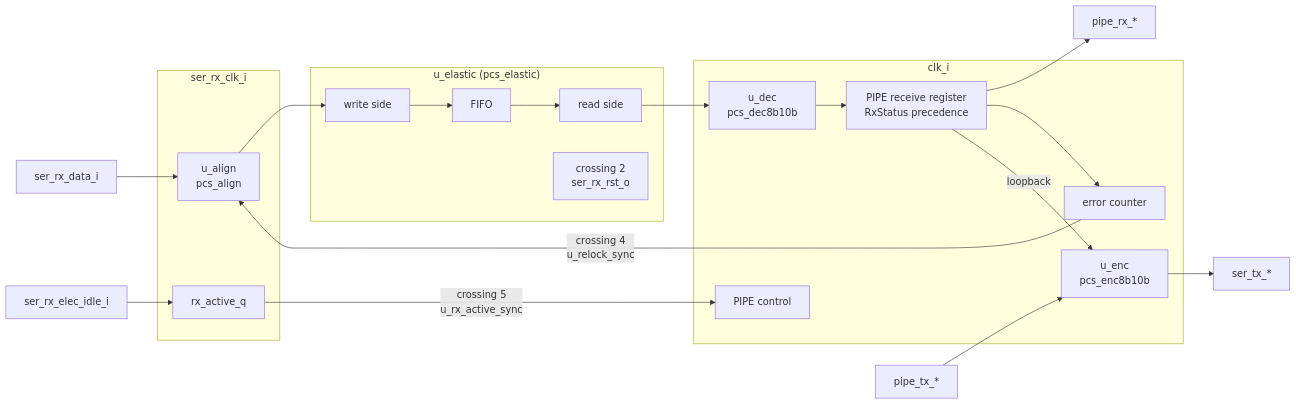
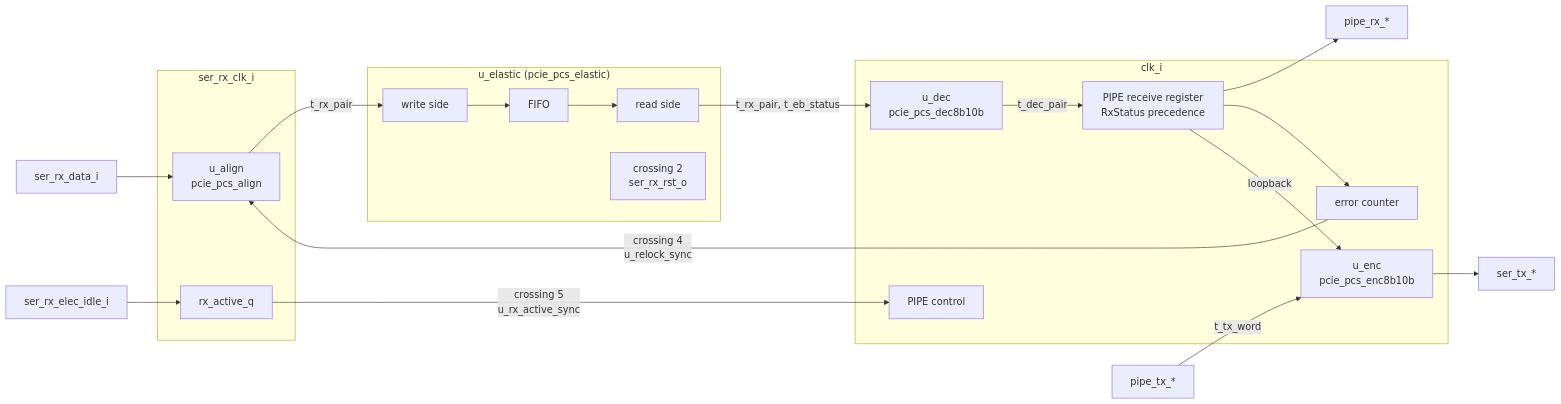
The diagram in wiki/src/rtl/pcs/MAS.md (amichai-bd/pcie-factory), drawn with Mermaid before and after one commit. The commit also changed other lines of this file and 104 other files, not shown here.

````diff
--- a/wiki/src/rtl/pcs/MAS.md
+++ b/wiki/src/rtl/pcs/MAS.md
@@ -8,24 +13,24 @@
 ```mermaid
 flowchart LR
   subgraph rx["ser_rx_clk_i"]
-    al["u_align<br/>pcs_align"]
+    al["u_align<br/>pcie_pcs_align"]
     act["rx_active_q"]
   end
-  subgraph eb["u_elastic (pcs_elastic)"]
+  subgraph eb["u_elastic (pcie_pcs_elastic)"]
     wr["write side"] --> fifo["FIFO"] --> rd["read side"]
     rst["crossing 2<br/>ser_rx_rst_o"]
   end
   subgraph core["clk_i"]
-    dec["u_dec<br/>pcs_dec8b10b"]
+    dec["u_dec<br/>pcie_pcs_dec8b10b"]
     reg["PIPE receive register<br/>RxStatus precedence"]
     cnt["error counter"]
     ctl["PIPE control"]
-    enc["u_enc<br/>pcs_enc8b10b"]
+    enc["u_enc<br/>pcie_pcs_enc8b10b"]
   end
-  ser_rx_data_i --> al --> wr
-  rd --> dec --> reg --> pipe_rx["pipe_rx_*"]
+  ser_rx_data_i --> al -- "t_rx_pair" --> wr
+  rd -- "t_rx_pair, t_eb_status" --> dec -- "t_dec_pair" --> reg --> pipe_rx["pipe_rx_*"]
   reg --> cnt -- "crossing 4<br/>u_relock_sync" --> al
   reg -- "loopback" --> enc
-  pipe_tx["pipe_tx_*"] --> enc --> ser_tx["ser_tx_*"]
+  pipe_tx["pipe_tx_*"] -- "t_tx_word" --> enc --> ser_tx["ser_tx_*"]
   ser_rx_elec_idle_i --> act -- "crossing 5<br/>u_rx_active_sync" --> ctl
 ```
````
